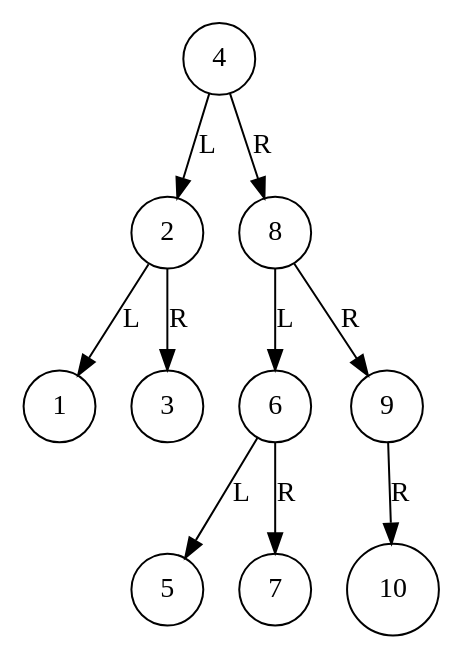
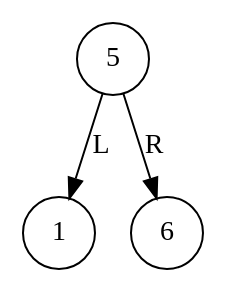
Before and after one commit to HenryD11703/EDD_PROYECTO2_202004071: the diagram in executable/graphAVL.dot, drawn with Graphviz. The commit also changed 47 other files, not shown here.

```diff
--- a/executable/graphAVL.dot
+++ b/executable/graphAVL.dot
@@ -1,22 +1,8 @@
 digraph G{
 node [shape=circle];
-"2595699072592"[label="4"];
-"2595699054624"[label="2"];
-"2595699060928"[label="1"];
-"2595699072432"[label="3"];
-"2595699055472"[label="8"];
-"2595699055152"[label="6"];
-"2595699054992"[label="5"];
-"2595699055312"[label="7"];
-"2595699055632"[label="9"];
-"2595699072880"[label="10"];
-"2595699072592" -> "2595699054624" [label = "L"];
-"2595699072592" -> "2595699055472" [label = "R"];
-"2595699054624" -> "2595699060928" [label = "L"];
-"2595699054624" -> "2595699072432" [label = "R"];
-"2595699055472" -> "2595699055152" [label = "L"];
-"2595699055472" -> "2595699055632" [label = "R"];
-"2595699055152" -> "2595699054992" [label = "L"];
-"2595699055152" -> "2595699055312" [label = "R"];
-"2595699055632" -> "2595699072880" [label = "R"];
+"1707694686576"[label="5"];
+"1707681989792"[label="1"];
+"1707691582736"[label="6"];
+"1707694686576" -> "1707681989792" [label = "L"];
+"1707694686576" -> "1707691582736" [label = "R"];
 }
```
